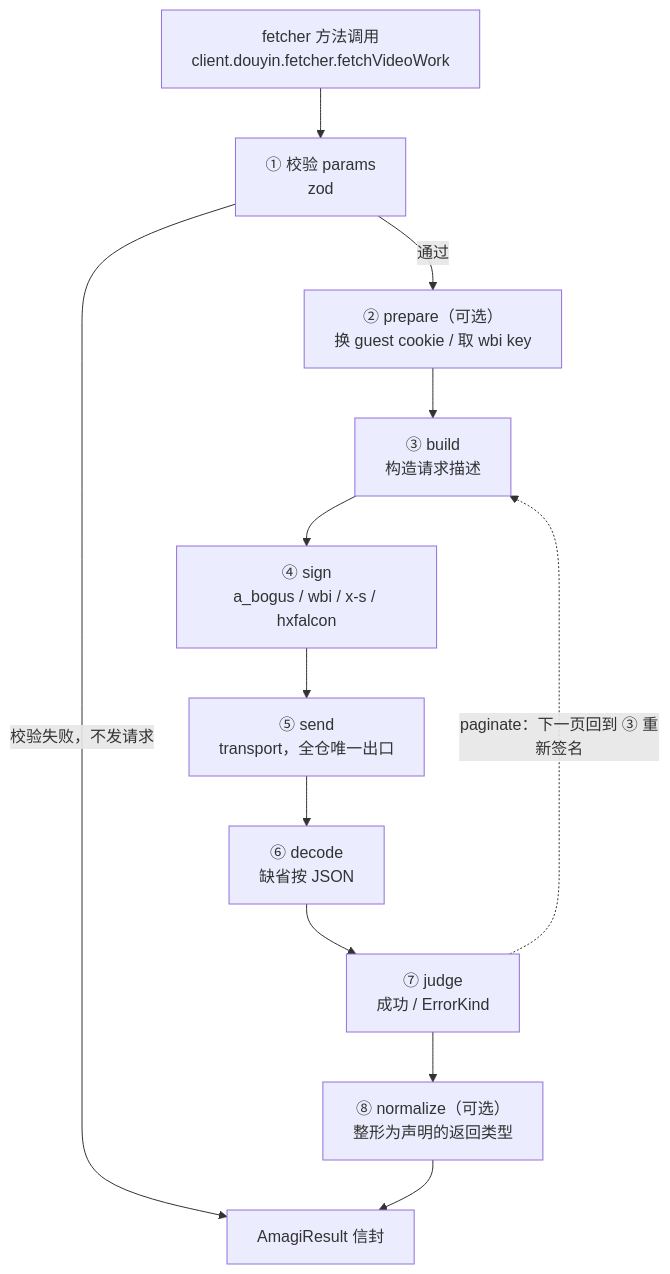
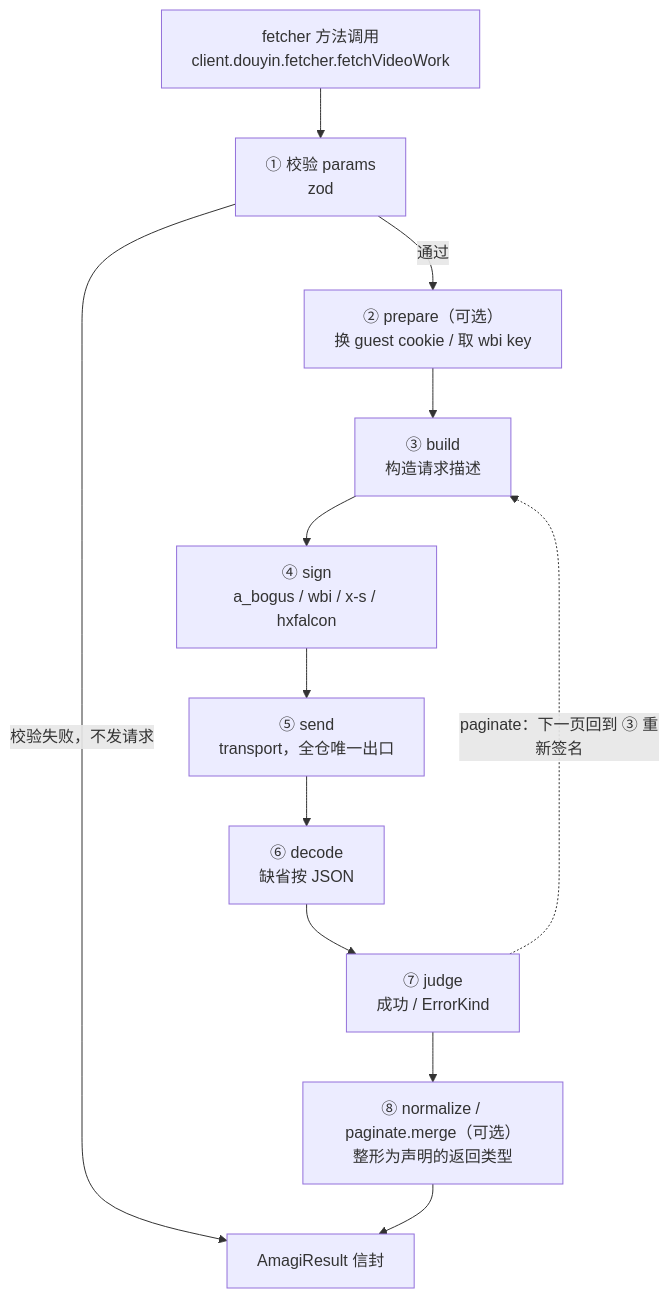
Before and after one commit to ikenxuan/amagi: the second of 2 diagrams in packages/docs/content/docs/v7/dev/architecture.mdx, drawn with Mermaid. The commit also changed other lines of this file and 31 other files, not shown here.

First line of the commit message:
refactor(core): 分页端点收尾迁到 paginate.merge，页类型自动收窄 (#197)

````diff
--- a/packages/docs/content/docs/v7/dev/architecture.mdx
+++ b/packages/docs/content/docs/v7/dev/architecture.mdx
@@ -125,19 +125,19 @@
 ```mermaid
 flowchart TD
   F["fetcher 方法调用<br/>client.douyin.fetcher.fetchVideoWork"]
   P1["① 校验 params<br/>zod"]
   P2["② prepare（可选）<br/>换 guest cookie / 取 wbi key"]
   P3["③ build<br/>构造请求描述"]
   P4["④ sign<br/>a_bogus / wbi / x-s / hxfalcon"]
   P5["⑤ send<br/>transport，全仓唯一出口"]
   P6["⑥ decode<br/>缺省按 JSON"]
   P7["⑦ judge<br/>成功 / ErrorKind"]
-  P8["⑧ normalize（可选）<br/>整形为声明的返回类型"]
+  P8["⑧ normalize / paginate.merge（可选）<br/>整形为声明的返回类型"]
   R["AmagiResult 信封"]
   F --> P1
   P1 -->|校验失败，不发请求| R
   P1 -->|通过| P2
   P2 --> P3 --> P4 --> P5 --> P6 --> P7
   P7 --> P8 --> R
   P7 -.->|paginate：下一页回到 ③ 重新签名| P3
 ```
````
